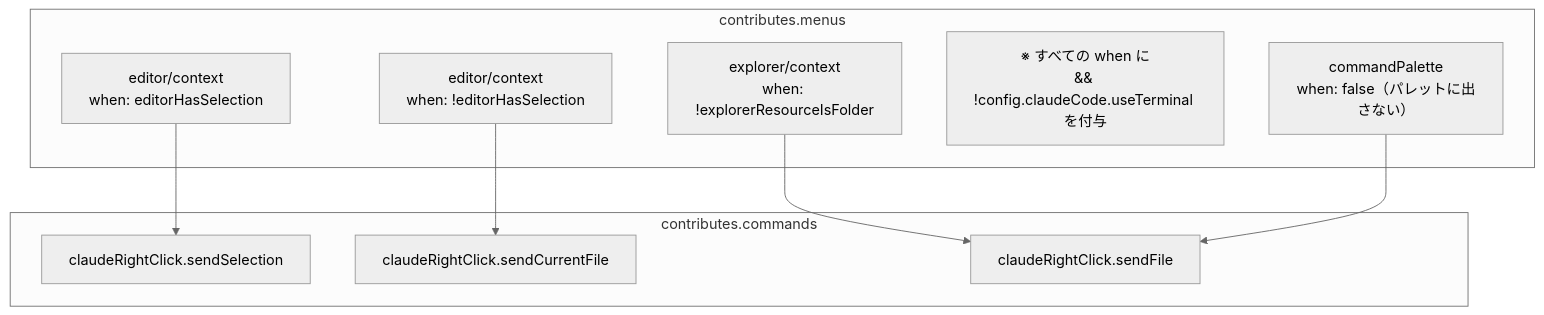
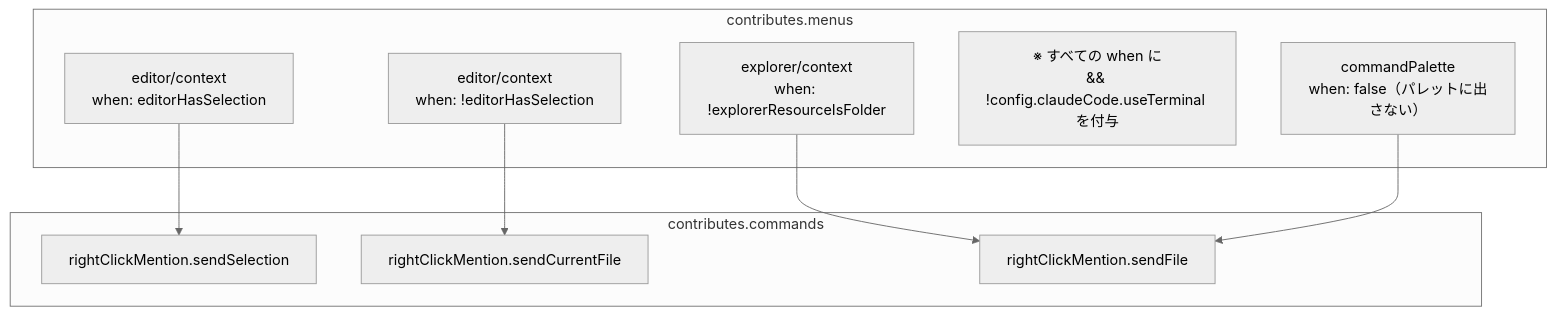
The second of 6 diagrams in docs/ARCHITECTURE.md (kip2/refs-to-chat), drawn with Mermaid (neutral theme) before and after one commit. The commit also changed other lines of this file and 7 other files, not shown here.

````diff
--- a/docs/ARCHITECTURE.md
+++ b/docs/ARCHITECTURE.md
@@ -79,15 +79,15 @@
 ```mermaid
 flowchart TB
   subgraph commands["contributes.commands"]
-    A["claudeRightClick.sendSelection"]
-    B["claudeRightClick.sendCurrentFile"]
-    C["claudeRightClick.sendFile"]
+    A["rightClickMention.sendSelection"]
+    B["rightClickMention.sendCurrentFile"]
+    C["rightClickMention.sendFile"]
   end
   subgraph menus["contributes.menus"]
     E1["editor/context<br/>when: editorHasSelection"] --> A
     E2["editor/context<br/>when: !editorHasSelection"] --> B
     E3["explorer/context<br/>when: !explorerResourceIsFolder"] --> C
     NOTE["※ すべての when に<br/>&& !config.claudeCode.useTerminal を付与"]
     E4["commandPalette<br/>when: false（パレットに出さない）"] --> C
   end
 ```
````
